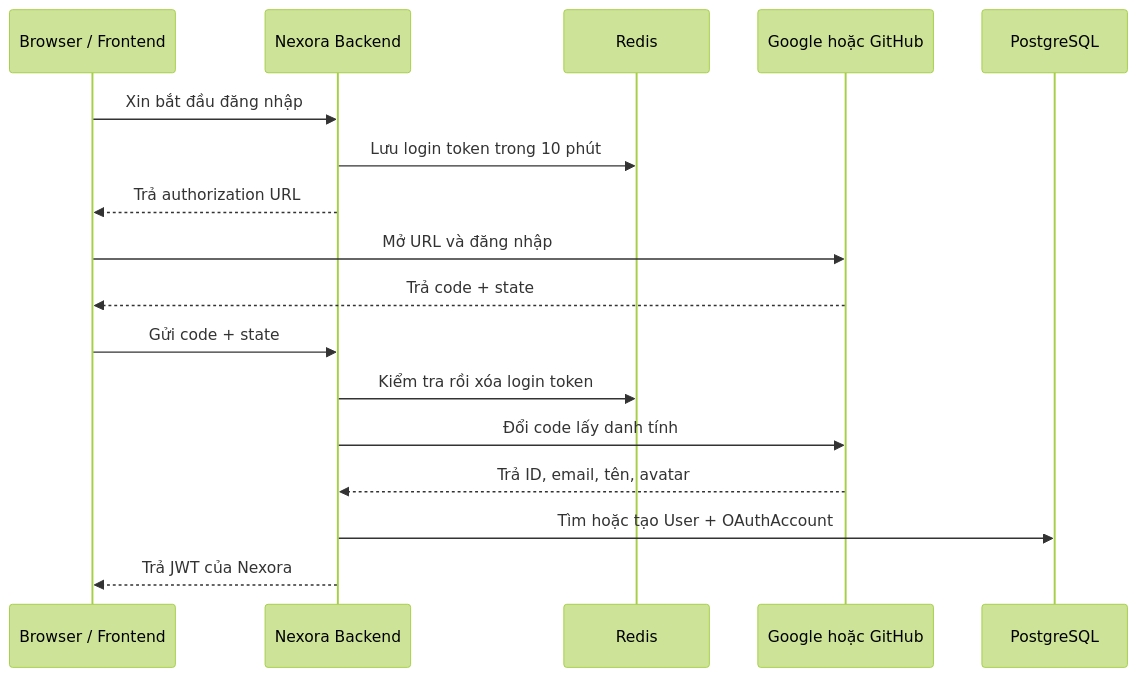
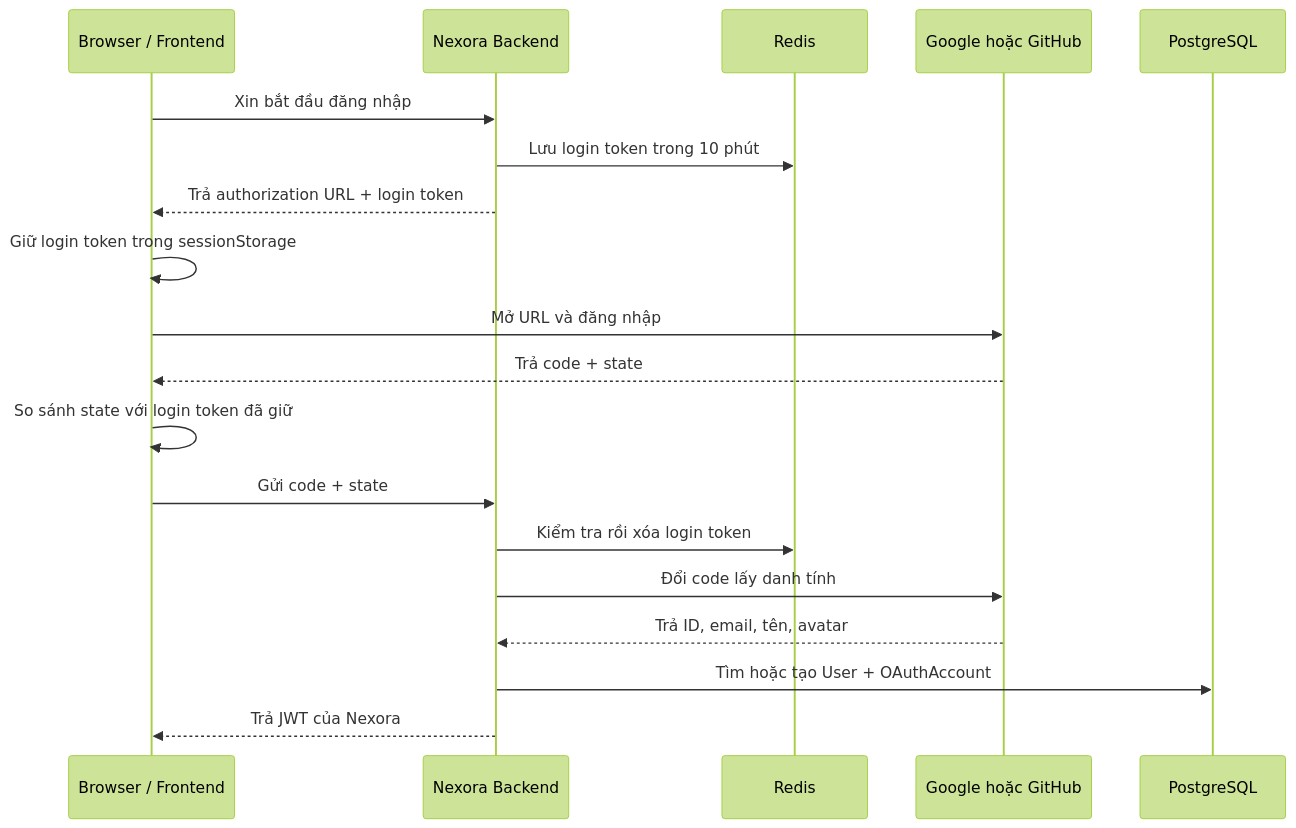
One commit to NEXORA-UIT/be changed the diagram in docs/AUTH/oauth-login-design.md. Above: the diagram before and after it, drawn with Mermaid (forest theme). The commit also changed other lines of this file and 1 other file, not shown here.

````diff
--- a/docs/AUTH/oauth-login-design.md
+++ b/docs/AUTH/oauth-login-design.md
@@ -29,20 +29,22 @@
 ```mermaid
 sequenceDiagram
     participant FE as Browser / Frontend
     participant BE as Nexora Backend
     participant Redis
     participant Provider as Google hoặc GitHub
     participant DB as PostgreSQL
 
     FE->>BE: Xin bắt đầu đăng nhập
     BE->>Redis: Lưu login token trong 10 phút
-    BE-->>FE: Trả authorization URL
+    BE-->>FE: Trả authorization URL + login token
+    FE->>FE: Giữ login token trong sessionStorage
     FE->>Provider: Mở URL và đăng nhập
     Provider-->>FE: Trả code + state
+    FE->>FE: So sánh state với login token đã giữ
     FE->>BE: Gửi code + state
     BE->>Redis: Kiểm tra rồi xóa login token
     BE->>Provider: Đổi code lấy danh tính
     Provider-->>BE: Trả ID, email, tên, avatar
     BE->>DB: Tìm hoặc tạo User + OAuthAccount
     BE-->>FE: Trả JWT của Nexora
 ```
````
